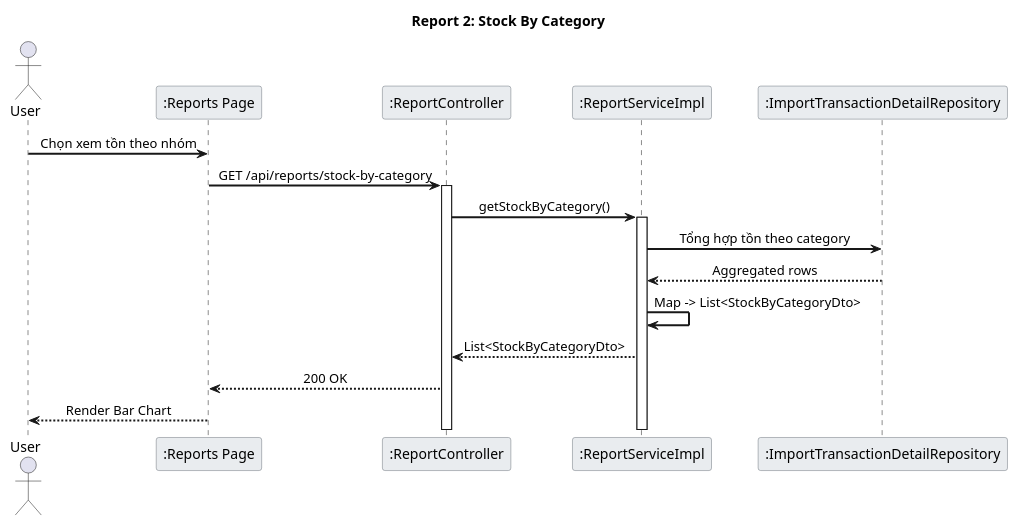
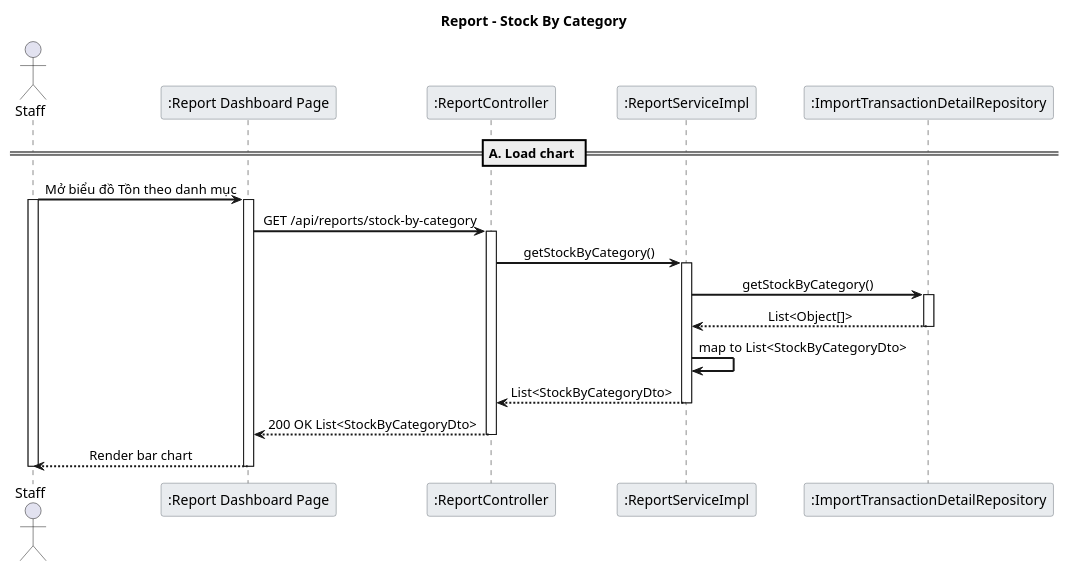
The diagram in Report_2_StockByCategory_Sequence.puml (LamVNT/Farmovo), drawn with PlantUML before and after one commit. The commit also changed 20 other files, not shown here.

Commit message:
Fix Sequence diagram

```diff
--- a/Report_2_StockByCategory_Sequence.puml
+++ b/Report_2_StockByCategory_Sequence.puml
@@ -1,31 +1,41 @@
 @startuml Report_2_StockByCategory_Sequence
 
 skinparam backgroundColor white
 skinparam sequenceArrowThickness 2
 skinparam sequenceMessageAlign center
 skinparam sequenceGroupBodyBackgroundColor #F8F9FA
 skinparam sequenceParticipantBorderColor #6C757D
 skinparam sequenceParticipantBackgroundColor #E9ECEF
 skinparam sequenceLifeLineStroke dash
 
-title Report 2: Stock By Category
+title Report – Stock By Category
 
-actor User
-participant ":Reports Page" as UI
+actor Staff
+participant ":Report Dashboard Page" as UI
 participant ":ReportController" as RC
 participant ":ReportServiceImpl" as RS
 participant ":ImportTransactionDetailRepository" as DetailRepo
 
-User -> UI: Chọn xem tồn theo nhóm
+== A. Load chart ==
+Staff -> UI: Mở biểu đồ Tồn theo danh mục
+activate Staff
+activate UI
 UI -> RC: GET /api/reports/stock-by-category
 activate RC
 RC -> RS: getStockByCategory()
 activate RS
-RS -> DetailRepo: Tổng hợp tồn theo category
-DetailRepo --> RS: Aggregated rows
-RS -> RS: Map -> List<StockByCategoryDto>
+RS -> DetailRepo: getStockByCategory()
+activate DetailRepo
+DetailRepo --> RS: List<Object[]>
+deactivate DetailRepo
+RS -> RS: map to List<StockByCategoryDto>
 RS --> RC: List<StockByCategoryDto>
-RC --> UI: 200 OK
-UI --> User: Render Bar Chart
+deactivate RS
+RC --> UI: 200 OK List<StockByCategoryDto>
+deactivate RC
+UI --> Staff: Render bar chart
+
+deactivate UI
+deactivate Staff
 
 @enduml
```
